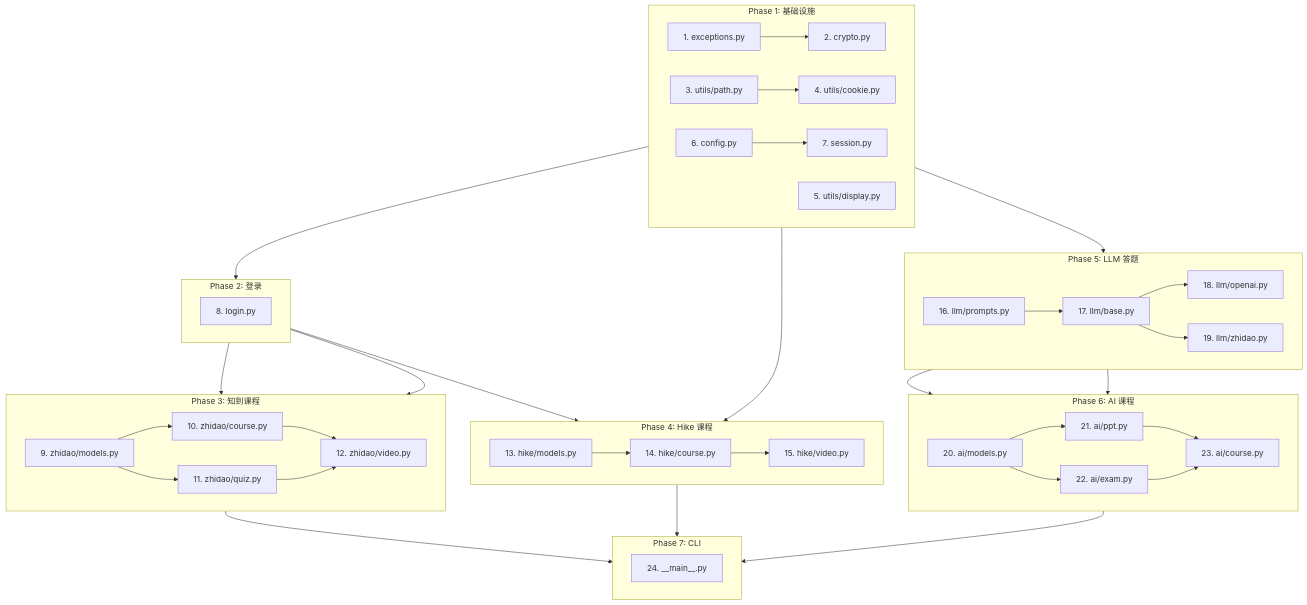
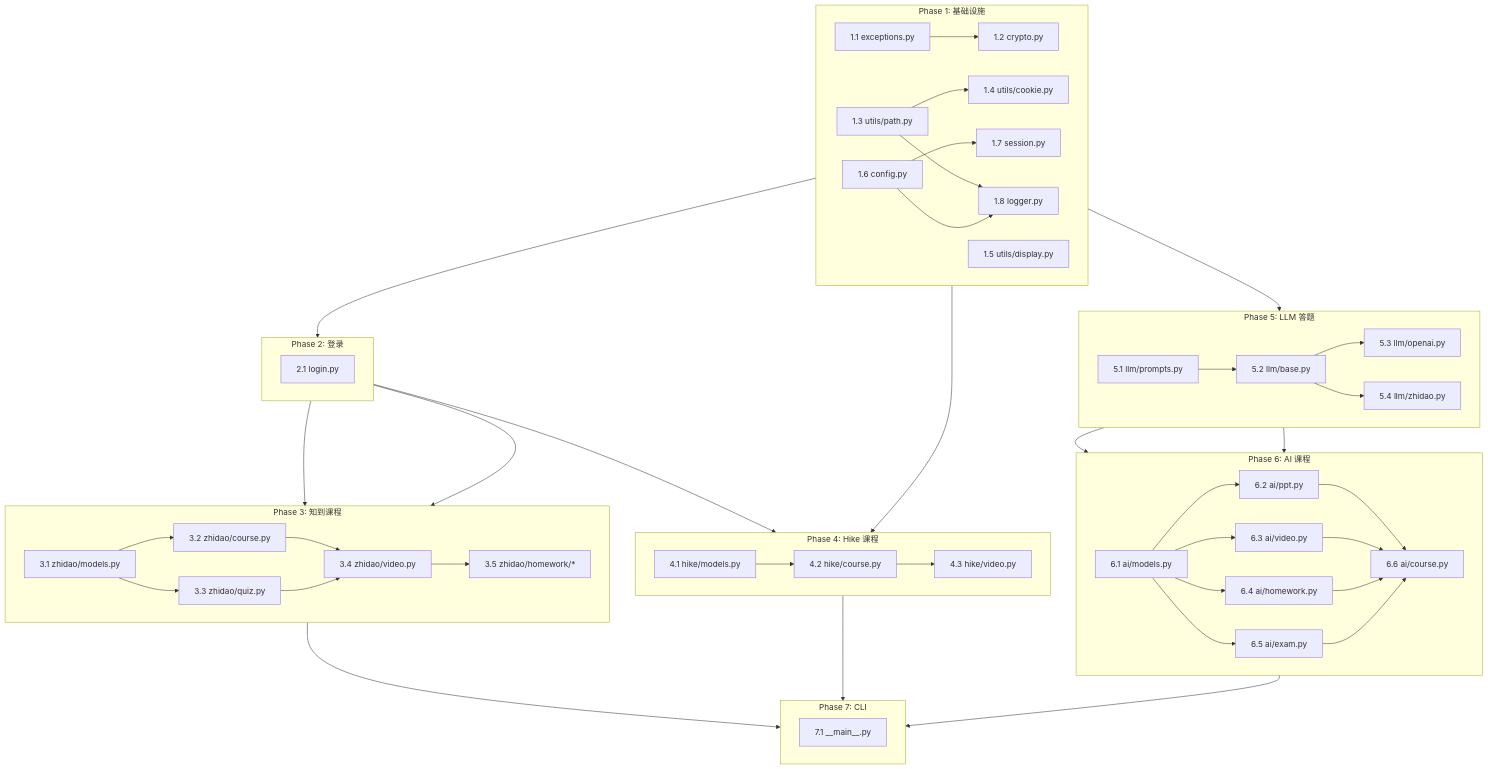
Diagram 15 of 15 in docs/design.md (pjm314159/zhs), drawn with Mermaid before and after one commit. The commit also changed other lines of this file and 29 other files, not shown here.

````diff
--- a/docs/design.md
+++ b/docs/design.md
@@ -1447,59 +1923,66 @@
 ```mermaid
 flowchart TD
     subgraph P1["Phase 1: 基础设施"]
         direction LR
-        E[1. exceptions.py] --> C[2. crypto.py]
-        UP[3. utils/path.py] --> UC[4. utils/cookie.py]
-        UD[5. utils/display.py]
-        CFG[6. config.py] --> S[7. session.py]
+        E[1.1 exceptions.py] --> C[1.2 crypto.py]
+        UP[1.3 utils/path.py] --> UC[1.4 utils/cookie.py]
+        UD[1.5 utils/display.py]
+        CFG[1.6 config.py] --> S[1.7 session.py]
+        UP --> LOG[1.8 logger.py]
+        CFG --> LOG
     end
 
     subgraph P2["Phase 2: 登录"]
-        L[8. login.py]
+        L[2.1 login.py]
     end
 
     subgraph P3["Phase 3: 知到课程"]
         direction LR
-        ZM[9. zhidao/models.py] --> ZC[10. zhidao/course.py]
-        ZM --> ZQ[11. zhidao/quiz.py]
-        ZC --> ZV[12. zhidao/video.py]
+        ZM[3.1 zhidao/models.py] --> ZC[3.2 zhidao/course.py]
+        ZM --> ZQ[3.3 zhidao/quiz.py]
+        ZC --> ZV[3.4 zhidao/video.py]
         ZQ --> ZV
+        ZV --> ZHW[3.5 zhidao/homework/*]
     end
 
     subgraph P4["Phase 4: Hike 课程"]
         direction LR
-        HM[13. hike/models.py] --> HC[14. hike/course.py]
-        HC --> HV[15. hike/video.py]
+        HM[4.1 hike/models.py] --> HC[4.2 hike/course.py]
+        HC --> HV[4.3 hike/video.py]
     end
 
     subgraph P5["Phase 5: LLM 答题"]
         direction LR
-        LP[16. llm/prompts.py] --> LB[17. llm/base.py]
-        LB --> LO[18. llm/openai.py]
-        LB --> LZ[19. llm/zhidao.py]
+        LP[5.1 llm/prompts.py] --> LB[5.2 llm/base.py]
+        LB --> LO[5.3 llm/openai.py]
+        LB --> LZ[5.4 llm/zhidao.py]
     end
 
     subgraph P6["Phase 6: AI 课程"]
         direction LR
-        AM[20. ai/models.py] --> AP[21. ai/ppt.py]
-        AM --> AE[22. ai/exam.py]
-        AP --> AC[23. ai/course.py]
+        AM[6.1 ai/models.py] --> AP[6.2 ai/ppt.py]
+        AM --> AV[6.3 ai/video.py]
+        AM --> AHW[6.4 ai/homework.py]
+        AM --> AE[6.5 ai/exam.py]
+        AP --> AC[6.6 ai/course.py]
+        AV --> AC
+        AHW --> AC
         AE --> AC
     end
 
     subgraph P7["Phase 7: CLI"]
         direction LR
-        CLI[24. __main__.py]
+        CLI[7.1 __main__.py]
     end
 
     P1 --> P2 --> P3
     P1 --> P4
     P1 --> P5
     P5 --> P6
     P2 --> P3
     P2 --> P4
     P5 --> P6
     P3 --> P7
     P4 --> P7
     P6 --> P7
 ```
````
